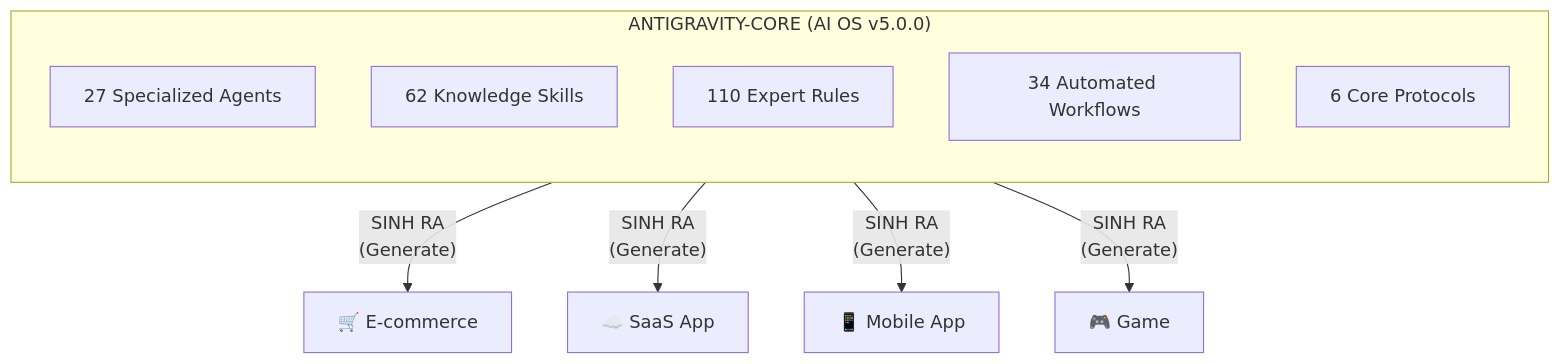
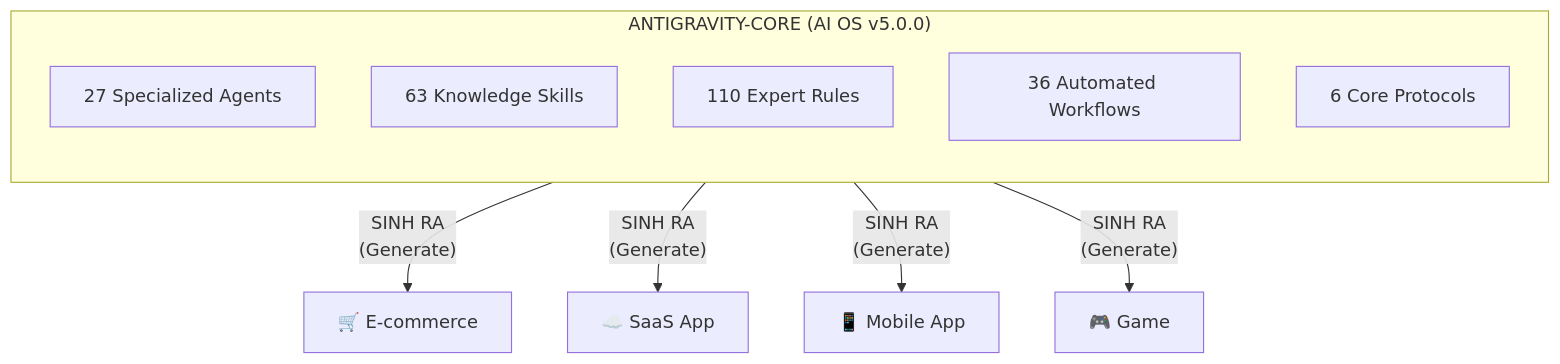
Before and after one commit to tuyenht/Antigravity-Core: the first of 2 diagrams in README.md, drawn with Mermaid. The commit also changed other lines of this file and 59 other files, not shown here.

````diff
--- a/README.md
+++ b/README.md
@@ -21,16 +23,16 @@
 ```mermaid
 graph TB
     subgraph OS["ANTIGRAVITY-CORE (AI OS v5.0.0)"]
         direction TB
         A["27 Specialized Agents"]
-        B["62 Knowledge Skills"]
+        B["63 Knowledge Skills"]
         C["110 Expert Rules"]
-        D["34 Automated Workflows"]
+        D["36 Automated Workflows"]
         E["6 Core Protocols"]
     end
 
     OS -->|"SINH RA<br/>(Generate)"| P1["🛒 E-commerce"]
     OS -->|"SINH RA<br/>(Generate)"| P2["☁️ SaaS App"]
     OS -->|"SINH RA<br/>(Generate)"| P3["📱 Mobile App"]
     OS -->|"SINH RA<br/>(Generate)"| P4["🎮 Game"]
 ```
````
